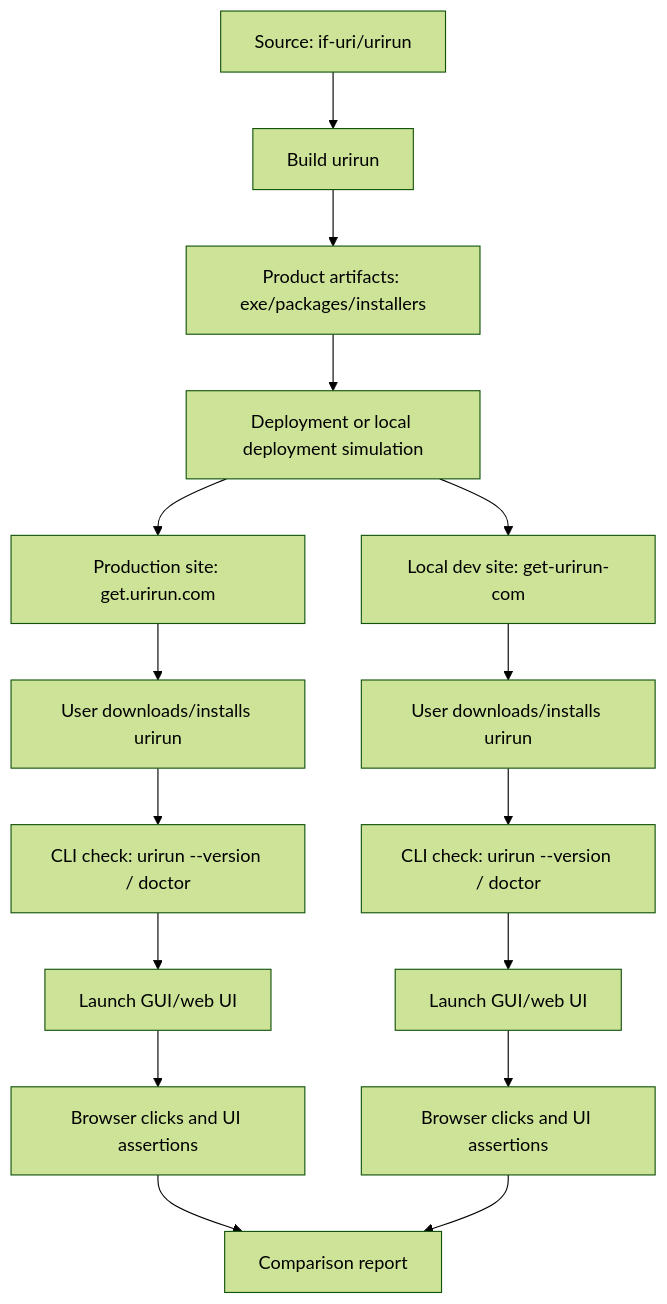
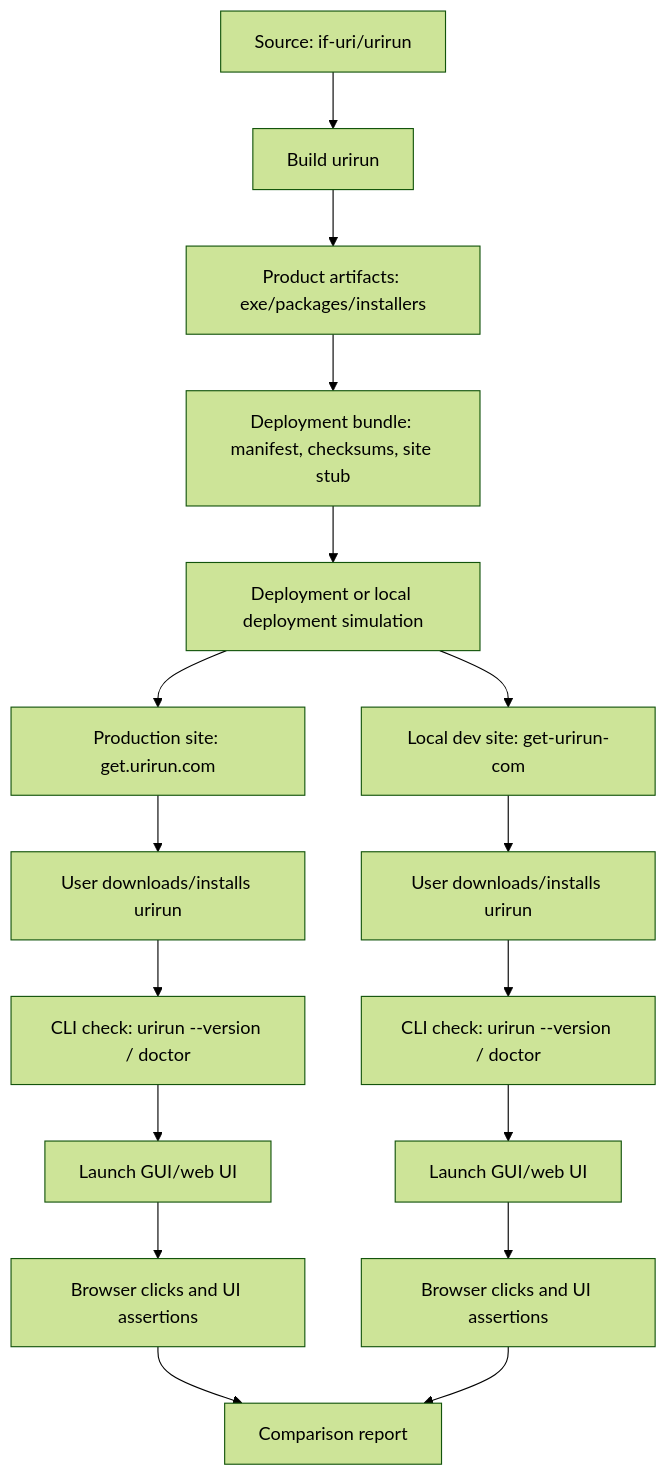
The first of 4 diagrams in docs/multiplatform-e2e-design.md (if-uri/urirun-multiplatform-test), drawn with Mermaid (forest theme) before and after one commit. The commit also changed other lines of this file and 23 other files, not shown here.

Commit message:
Add validation reports, deployment bundle, GUI policy, and CI summaries

````diff
--- a/docs/multiplatform-e2e-design.md
+++ b/docs/multiplatform-e2e-design.md
@@ -48,18 +49,19 @@
 ```mermaid
 flowchart TD
     A[Source: if-uri/urirun] --> B[Build urirun]
     B --> C[Product artifacts: exe/packages/installers]
-    C --> D[Deployment or local deployment simulation]
+    C --> DB[Deployment bundle: manifest, checksums, site stub]
+    DB --> D[Deployment or local deployment simulation]
     D --> E1[Production site: get.urirun.com]
     D --> E2[Local dev site: get-urirun-com]
     E1 --> F1[User downloads/installs urirun]
     E2 --> F2[User downloads/installs urirun]
     F1 --> G1[CLI check: urirun --version / doctor]
     F2 --> G2[CLI check: urirun --version / doctor]
     G1 --> H1[Launch GUI/web UI]
     G2 --> H2[Launch GUI/web UI]
     H1 --> I1[Browser clicks and UI assertions]
     H2 --> I2[Browser clicks and UI assertions]
     I1 --> J[Comparison report]
     I2 --> J
 ```
````
